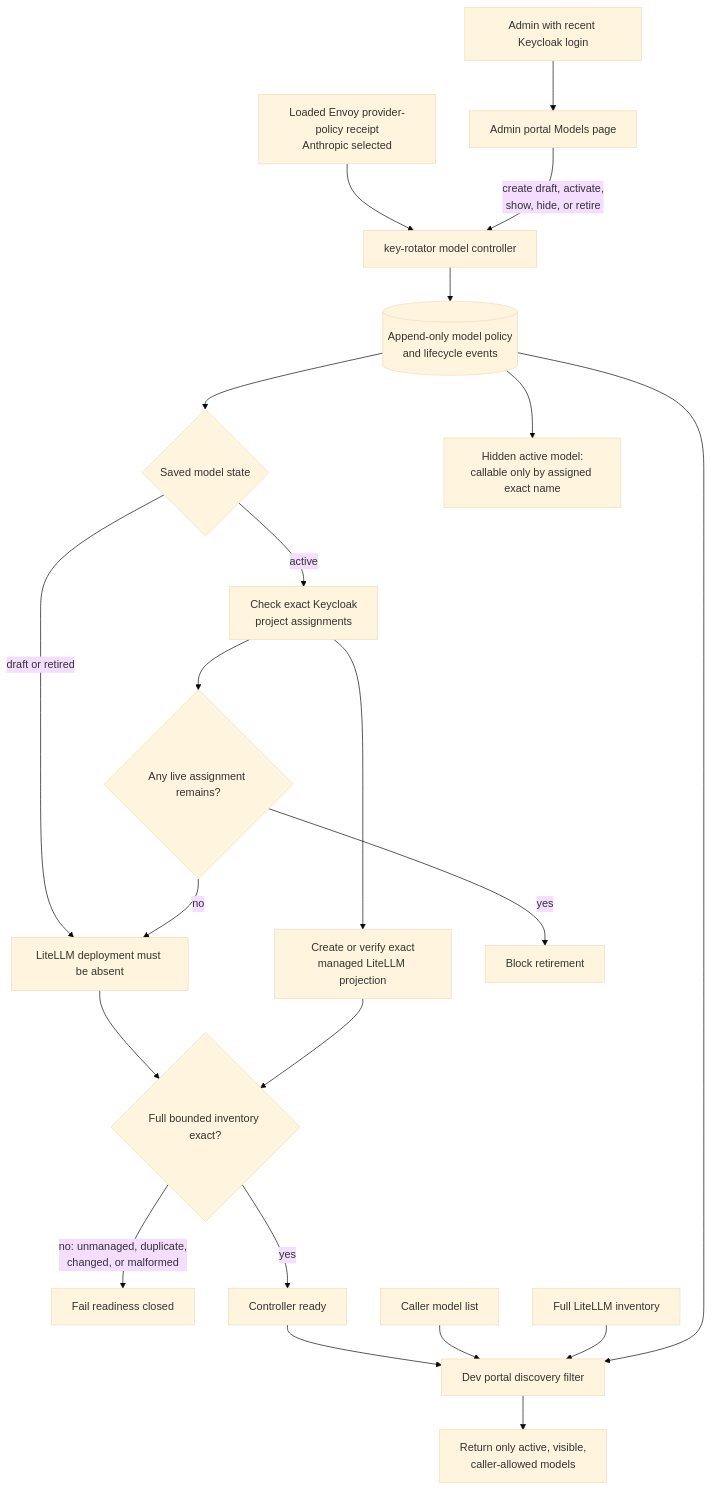
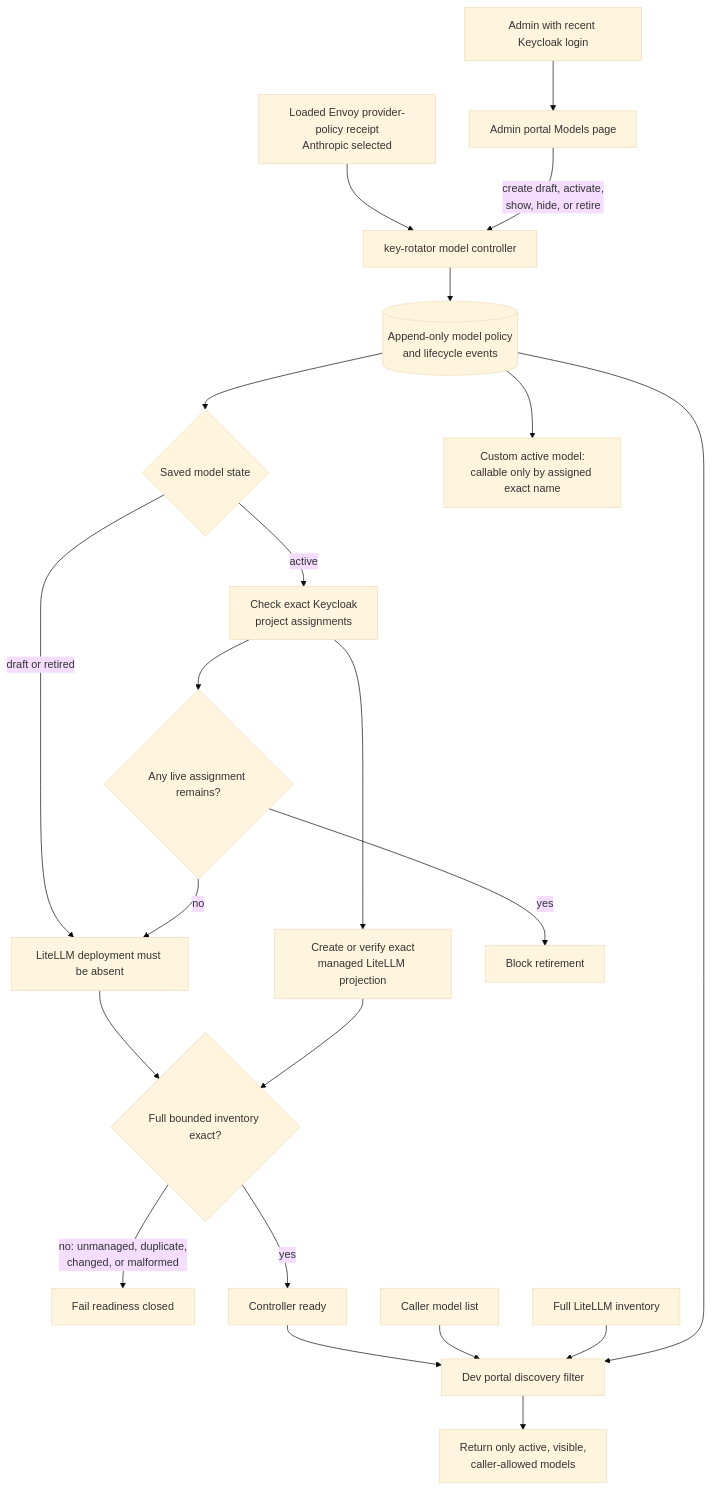
Before and after one commit to derhornspieler/ai-gateway: diagram 16 of 17 in docs/architecture-diagrams.md, drawn with Mermaid (base theme). The commit also changed 14 other files, not shown here.

First line of the commit message:
docs: custom-model language, CA-pin explainer, service reference pages

````diff
--- a/docs/architecture-diagrams.md
+++ b/docs/architecture-diagrams.md
@@ -525,24 +525,24 @@
 ```mermaid
 flowchart TD
   ADM[Admin with recent Keycloak login] --> PORTAL[Admin portal Models page]
   RECEIPT[Loaded Envoy provider-policy receipt<br/>Anthropic selected] --> CONTROL[key-rotator model controller]
   PORTAL -->|create draft, activate,<br/>show, hide, or retire| CONTROL
   CONTROL --> POLICY[(Append-only model policy<br/>and lifecycle events)]
   POLICY --> STATE{Saved model state}
   STATE -- draft or retired --> ABSENT[LiteLLM deployment must be absent]
   STATE -- active --> PROJECT[Check exact Keycloak<br/>project assignments]
   PROJECT --> PROJECTION[Create or verify exact<br/>managed LiteLLM projection]
   ABSENT --> VERIFY{Full bounded inventory exact?}
   PROJECTION --> VERIFY
   VERIFY -->|no: unmanaged, duplicate,<br/>changed, or malformed| NOTREADY[Fail readiness closed]
   VERIFY -- yes --> READY[Controller ready]
   READY --> FILTER[Dev portal discovery filter]
   CALLER[Caller model list] --> FILTER
   FULL[Full LiteLLM inventory] --> FILTER
   POLICY --> FILTER
   FILTER --> PUBLIC[Return only active, visible,<br/>caller-allowed models]
-  POLICY --> EXACT[Hidden active model:<br/>callable only by assigned exact name]
+  POLICY --> EXACT[Custom active model:<br/>callable only by assigned exact name]
   PROJECT --> RETIRE{Any live assignment remains?}
   RETIRE -- yes --> BLOCK[Block retirement]
   RETIRE -- no --> ABSENT
 ```
````
